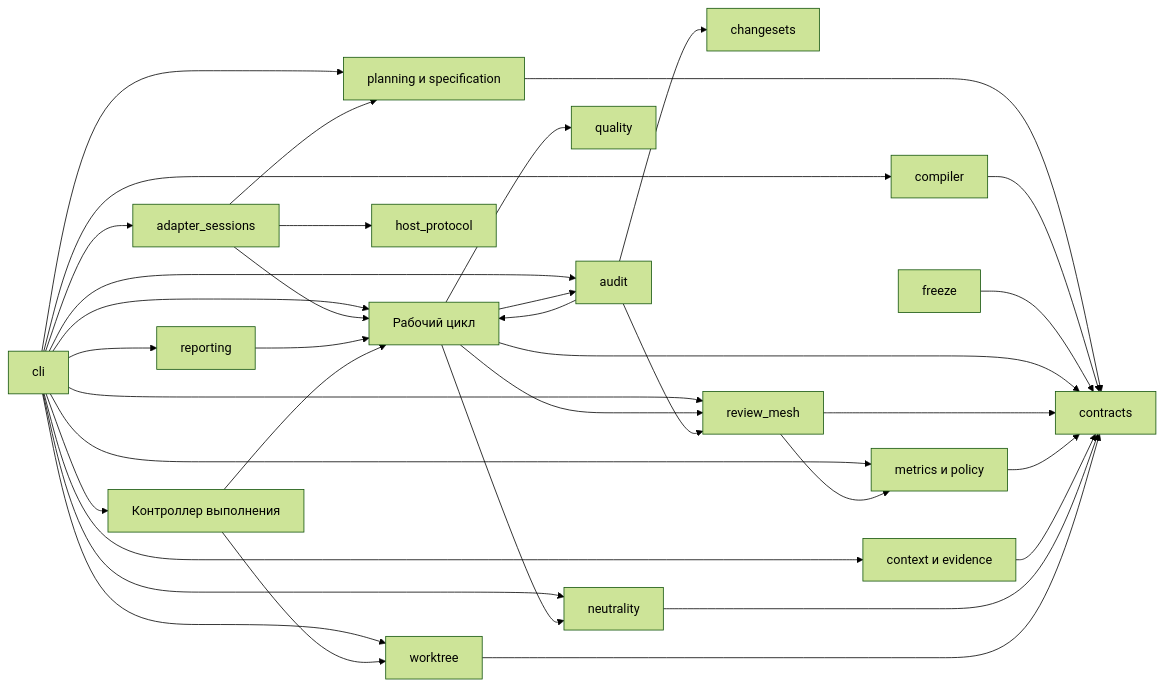
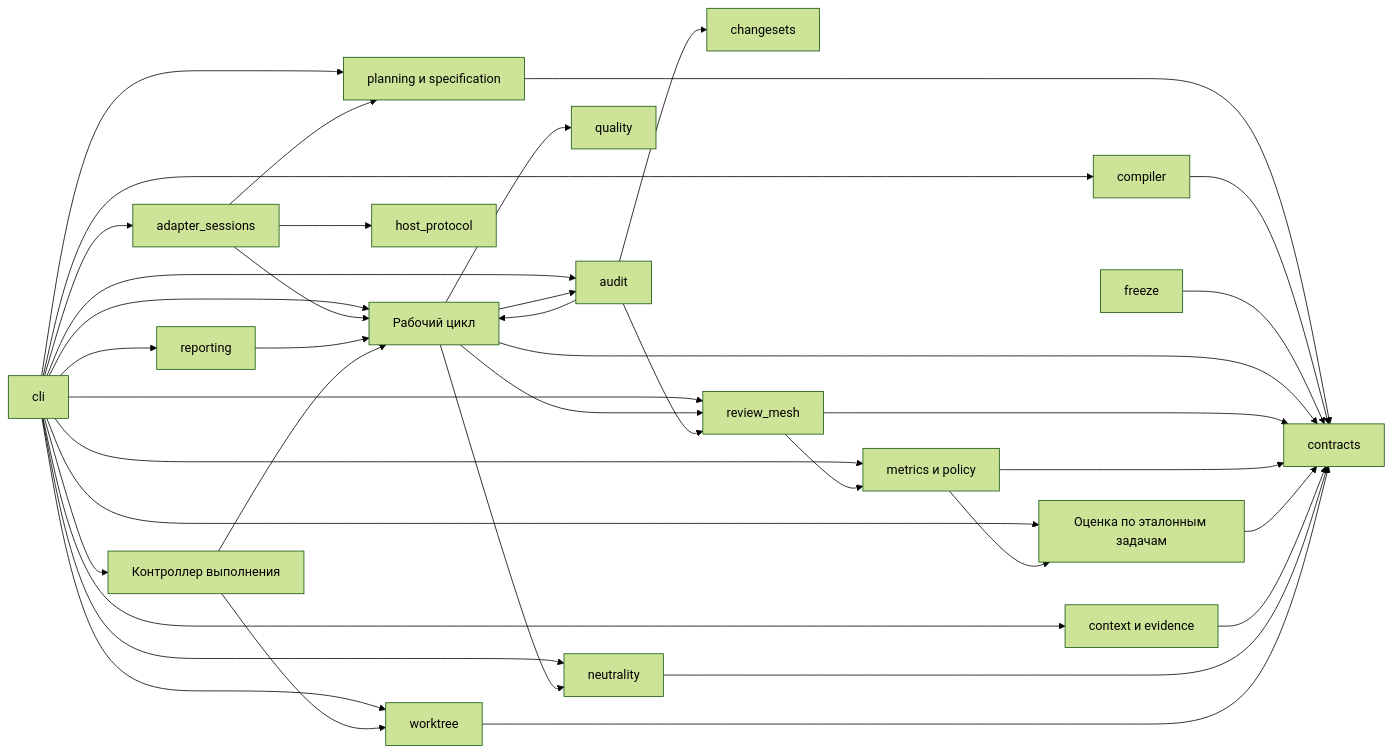
The fourth of 14 diagrams in docs/ru/architecture/system-architecture.md (avksp/agent-lifecycle-kit), drawn with Mermaid (forest theme) before and after one commit. The commit also changed other lines of this file and 72 other files, not shown here.

````diff
--- a/docs/ru/architecture/system-architecture.md
+++ b/docs/ru/architecture/system-architecture.md
@@ -148,57 +148,61 @@
 ```mermaid
 flowchart LR
   cli[cli]
   contracts[contracts]
   changesets[changesets]
   compiler[compiler]
   planning[planning и specification]
   freeze[freeze]
   workflow[Рабочий цикл]
   audit[audit]
   adapter_sessions[adapter_sessions]
   host_protocol[host_protocol]
   review_mesh[review_mesh]
   reporting[reporting]
   metrics[metrics и policy]
   context[context и evidence]
   quality[quality]
+  benchmarks[Оценка по эталонным задачам]
   neutrality[neutrality]
   runner[Контроллер выполнения]
   worktree[worktree]
 
   cli --> planning
   cli --> compiler
   cli --> workflow
   cli --> audit
   cli --> adapter_sessions
   cli --> review_mesh
   cli --> reporting
   cli --> metrics
   cli --> context
+  cli --> benchmarks
   cli --> neutrality
   cli --> runner
   cli --> worktree
   planning --> contracts
   compiler --> contracts
   freeze --> contracts
   workflow --> contracts
   workflow --> audit
   workflow --> quality
   workflow --> review_mesh
   workflow --> neutrality
   adapter_sessions --> workflow
   adapter_sessions --> host_protocol
   adapter_sessions --> planning
   review_mesh --> contracts
   review_mesh --> metrics
   audit --> workflow
   audit --> changesets
   audit --> review_mesh
   reporting --> workflow
   metrics --> contracts
+  benchmarks --> contracts
+  metrics --> benchmarks
   context --> contracts
   neutrality --> contracts
   runner --> workflow
   runner --> worktree
   worktree --> contracts
 ```
````
